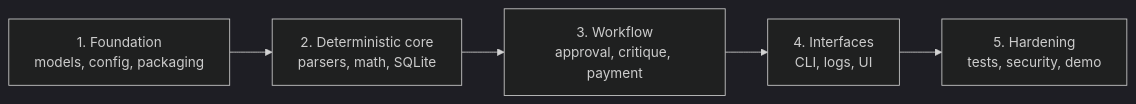
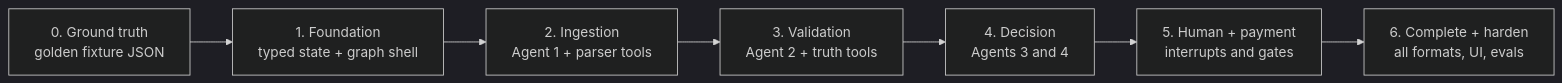
One commit to ConnorRussi/galatiq-case-invoices changed the first of 2 diagrams in docs/implementation-roadmap.md. Above: the diagram before and after it, drawn with Mermaid (dark theme). The commit also changed other lines of this file and 39 other files, not shown here.

````diff
--- a/docs/implementation-roadmap.md
+++ b/docs/implementation-roadmap.md
@@ -7,7 +9,9 @@
 ```mermaid
 flowchart LR
-    M1["1. Foundation<br/>models, config, packaging"] --> M2["2. Deterministic core<br/>parsers, math, SQLite"]
-    M2 --> M3["3. Workflow<br/>approval, critique, payment"]
-    M3 --> M4["4. Interfaces<br/>CLI, logs, UI"]
-    M4 --> M5["5. Hardening<br/>tests, security, demo"]
+    M0["0. Ground truth<br/>golden fixture JSON"] --> M1["1. Foundation<br/>typed state + graph shell"]
+    M1 --> M2["2. Ingestion<br/>Agent 1 + parser tools"]
+    M2 --> M3["3. Validation<br/>Agent 2 + truth tools"]
+    M3 --> M4["4. Decision<br/>Agents 3 and 4"]
+    M4 --> M5["5. Human + payment<br/>interrupts and gates"]
+    M5 --> M6["6. Complete + harden<br/>all formats, UI, evals"]
 ```
````
